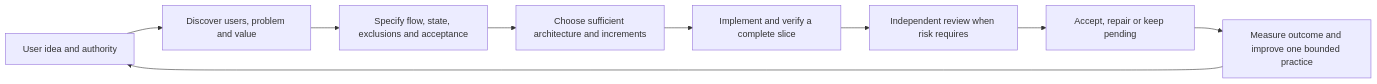
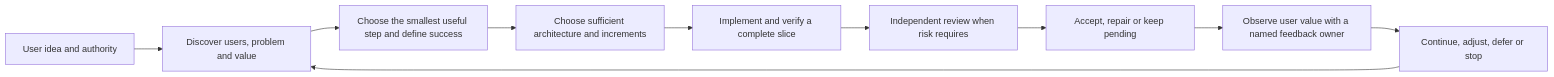
Before and after one commit to Quang-Dong/project-orchestrator: the diagram in README.md, drawn with Mermaid. The commit also changed other lines of this file and 6 other files, not shown here.

````diff
--- a/README.md
+++ b/README.md
@@ -15,11 +17,12 @@
 ```mermaid
 flowchart LR
   U["User idea and authority"] --> D["Discover users, problem and value"]
-  D --> S["Specify flow, state, exclusions and acceptance"]
+  D --> S["Choose the smallest useful step and define success"]
   S --> A["Choose sufficient architecture and increments"]
   A --> I["Implement and verify a complete slice"]
   I --> R["Independent review when risk requires"]
   R --> O["Accept, repair or keep pending"]
-  O --> M["Measure outcome and improve one bounded practice"]
-  M --> U
+  O --> M["Observe user value with a named feedback owner"]
+  M --> N["Continue, adjust, defer or stop"]
+  N --> D
 ```
````
